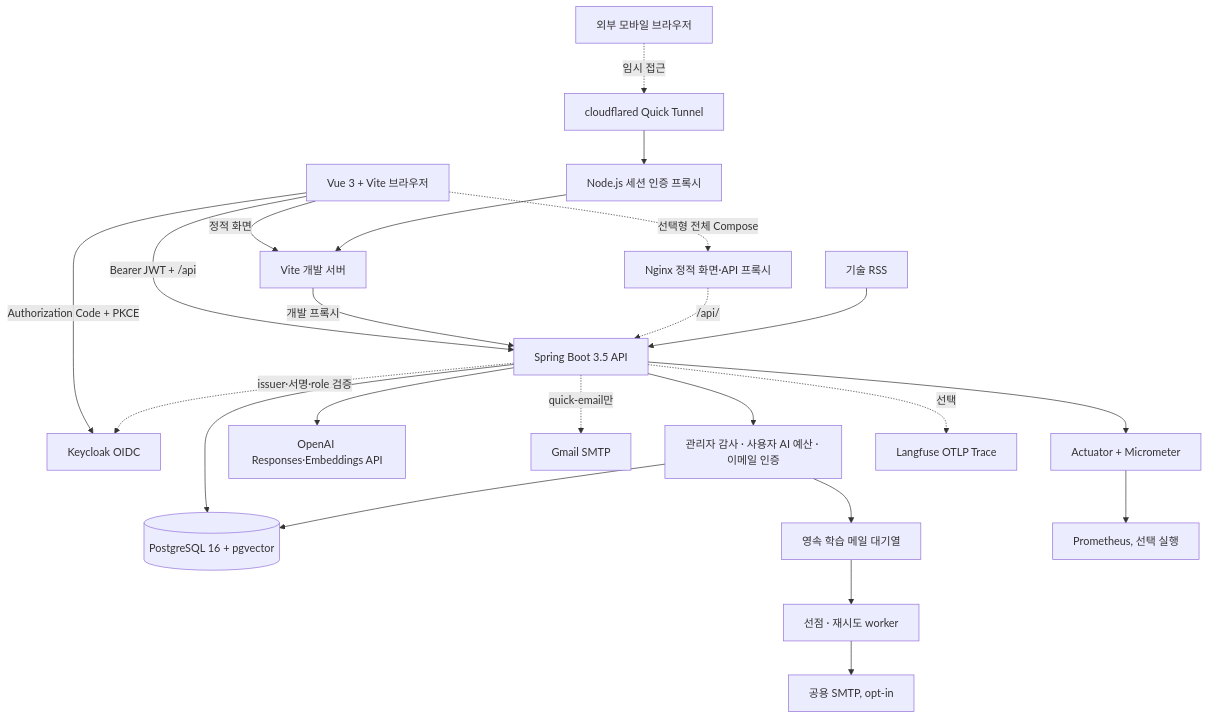
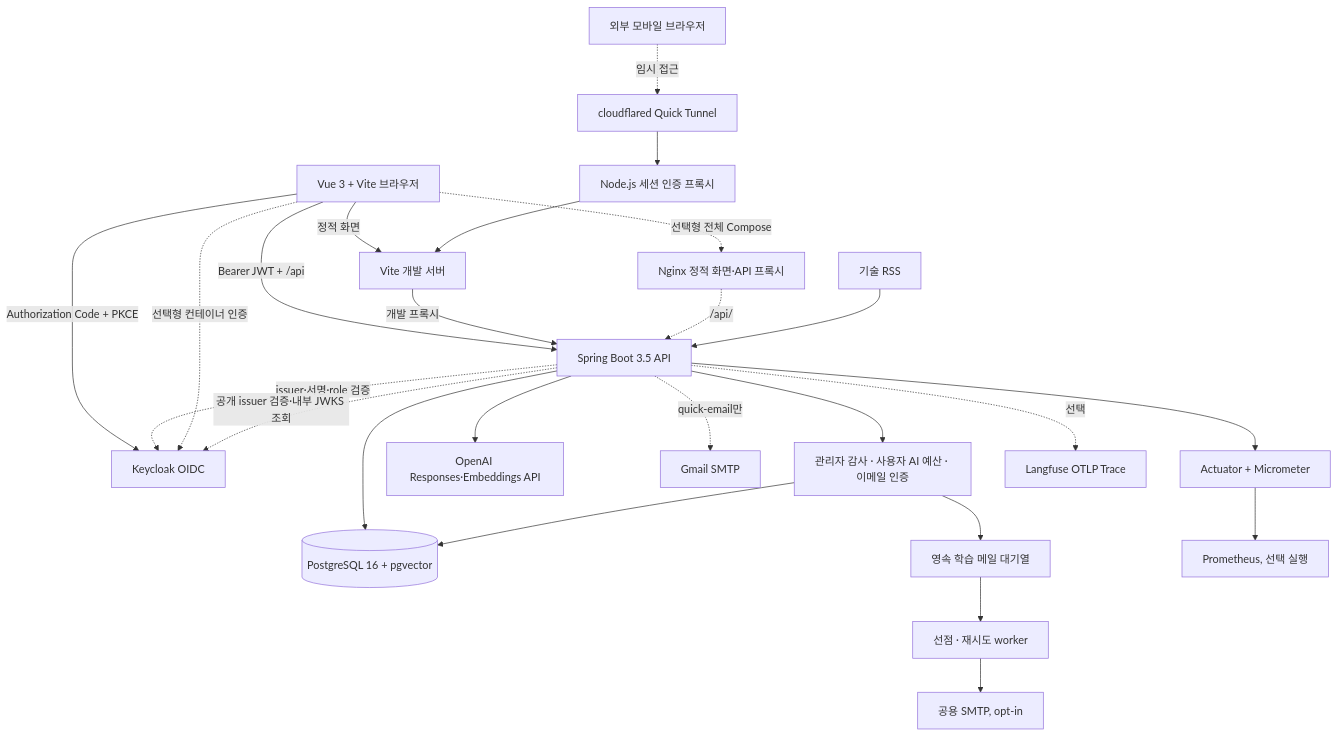
The second of 4 diagrams in docs/PROJECT_GUIDE.md (eunjuny/auknowlog), drawn with Mermaid before and after one commit. The commit also changed other lines of this file and 13 other files, not shown here.

Commit message:
컨테이너 Keycloak 인증 흐름과 실제 로그인 검증 추가

````diff
--- a/docs/PROJECT_GUIDE.md
+++ b/docs/PROJECT_GUIDE.md
@@ -43,27 +43,29 @@
 ```mermaid
 flowchart TB
     Browser[Vue 3 + Vite 브라우저] -->|Authorization Code + PKCE| Keycloak[Keycloak OIDC]
     Browser -->|Bearer JWT + /api| Backend[Spring Boot 3.5 API]
     Backend -. issuer·서명·role 검증 .-> Keycloak
     Browser -->|정적 화면| Vite[Vite 개발 서버]
     Vite -->|개발 프록시| Backend
     Browser -. 선택형 전체 Compose .-> Nginx[Nginx 정적 화면·API 프록시]
     Nginx -. /api/ .-> Backend
+    Browser -. 선택형 컨테이너 인증 .-> Keycloak
+    Backend -. 공개 issuer 검증·내부 JWKS 조회 .-> Keycloak
 
     Backend --> Postgres[(PostgreSQL 16 + pgvector)]
     Backend --> AccountOps[관리자 감사 · 사용자 AI 예산 · 이메일 인증]
     AccountOps --> Postgres
     AccountOps --> Outbox[영속 학습 메일 대기열]
     Outbox --> MailWorker[선점 · 재시도 worker]
     MailWorker --> LearningSMTP[공용 SMTP, opt-in]
     Backend --> OpenAI[OpenAI Responses·Embeddings API]
     RSS[기술 RSS] --> Backend
     Backend -. quick-email만 .-> Mail[Gmail SMTP]
     Backend --> Metrics[Actuator + Micrometer]
     Metrics --> Prometheus[Prometheus, 선택 실행]
     Backend -. 선택 .-> Langfuse[Langfuse OTLP Trace]
 
     Mobile[외부 모바일 브라우저] -. 임시 접근 .-> Tunnel[cloudflared Quick Tunnel]
     Tunnel --> AuthProxy[Node.js 세션 인증 프록시]
     AuthProxy --> Vite
 ```
````
